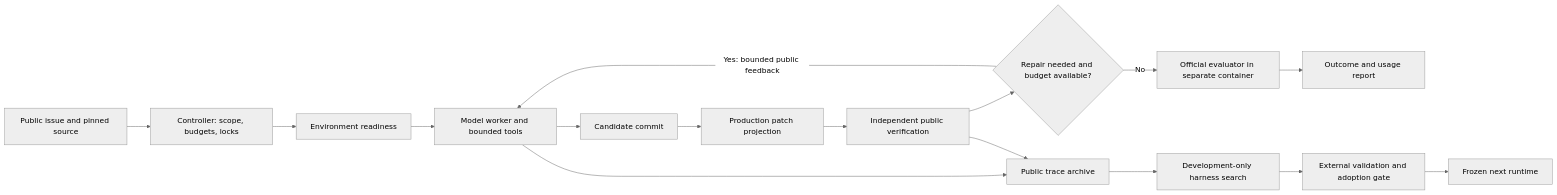
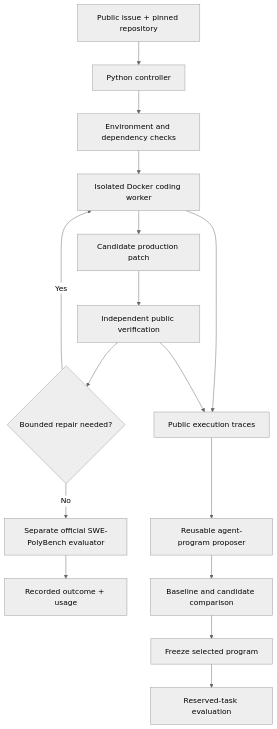
Before and after one commit to ravenscoat/meta-harness-benchmark-SWE-PolyBench: the diagram in README.md, drawn with Mermaid (neutral theme). The commit also changed other lines of this file and 151 other files, not shown here.

First line of the commit message:
Publish reusable Meta Harness architecture and SWE-PolyBench integration (#1)

````diff
--- a/README.md
+++ b/README.md
@@ -37,18 +25,18 @@
 ```mermaid
-flowchart LR
-    A[Public issue and pinned source] --> B[Controller: scope, budgets, locks]
-    B --> C[Environment readiness]
-    C --> D[Model worker and bounded tools]
-    D --> E[Candidate commit]
-    E --> F[Production patch projection]
-    F --> G[Independent public verification]
-    G --> H{Repair needed and budget available?}
-    H -->|Yes: bounded public feedback| D
-    H -->|No| I[Official evaluator in separate container]
-    I --> J[Outcome and usage report]
-    D --> K[Public trace archive]
-    G --> K
-    K --> L[Development-only harness search]
-    L --> M[External validation and adoption gate]
-    M --> N[Frozen next runtime]
+flowchart TD
+    A[Public issue + pinned repository] --> B[Python controller]
+    B --> C[Environment and dependency checks]
+    C --> D[Isolated Docker coding worker]
+    D --> E[Candidate production patch]
+    E --> F[Independent public verification]
+    F --> G{Bounded repair needed?}
+    G -->|Yes| D
+    G -->|No| H[Separate official SWE-PolyBench evaluator]
+    H --> I[Recorded outcome + usage]
+    D --> J[Public execution traces]
+    F --> J
+    J --> K[Reusable agent-program proposer]
+    K --> L[Baseline and candidate comparison]
+    L --> M[Freeze selected program]
+    M --> N[Reserved-task evaluation]
 ```
````
